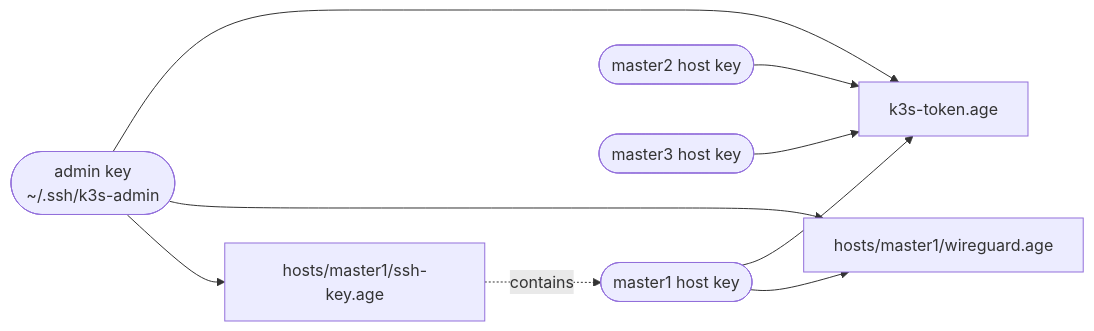
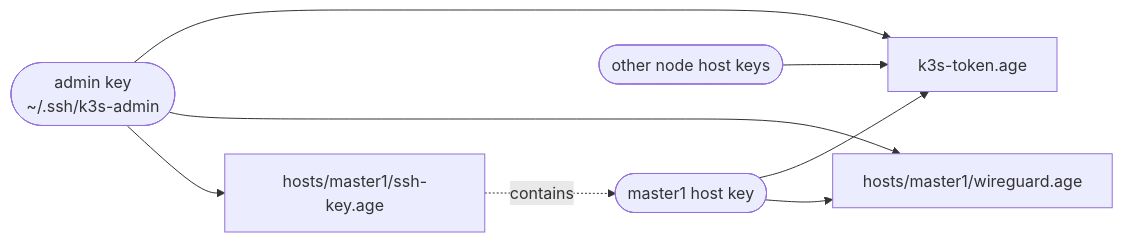
Before and after one commit to xLexih/homelab: the eighth of 8 diagrams in docs/ARCHITECTURE.md, drawn with Mermaid. The commit also changed other lines of this file and 16 other files, not shown here.

````diff
--- a/docs/ARCHITECTURE.md
+++ b/docs/ARCHITECTURE.md
@@ -224,15 +218,13 @@
 ```mermaid
 flowchart LR
   admin(["admin key<br/>~/.ssh/k3s-admin"])
   hk1(["master1 host key"])
-  hk2(["master2 host key"])
-  hk3(["master3 host key"])
+  hk2(["other node host keys"])
   tok["k3s-token.age"]
   wg1["hosts/master1/wireguard.age"]
   ssh1["hosts/master1/ssh-key.age"]
   admin --> tok & wg1 & ssh1
   hk1 --> tok & wg1
   hk2 --> tok
-  hk3 --> tok
   ssh1 -. contains .-> hk1
 ```
````
